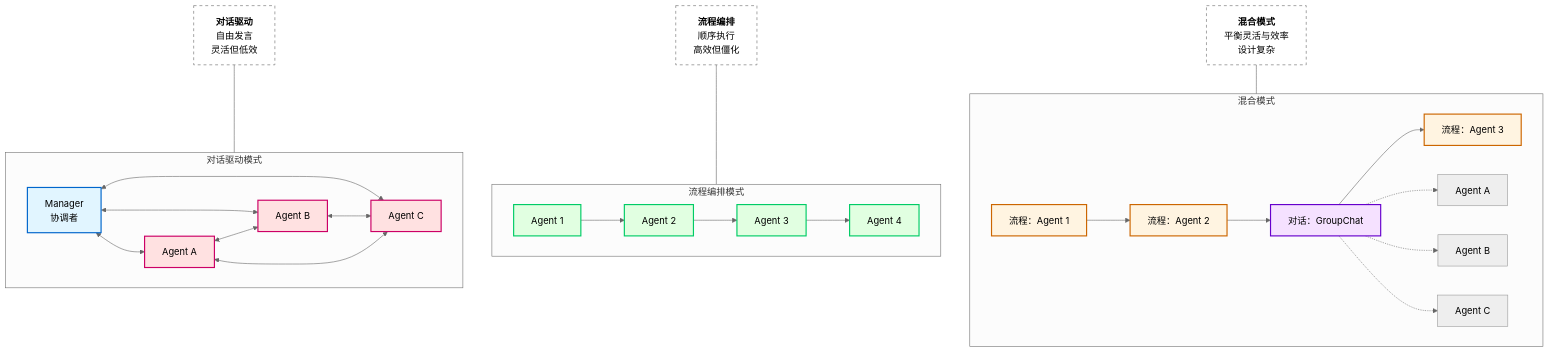
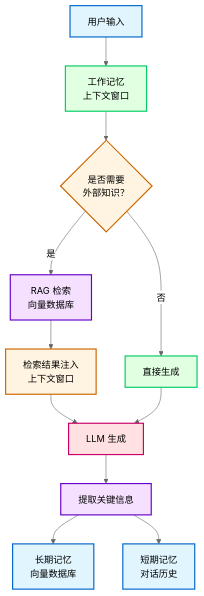
One commit to andyxai/agent-development-guide-book changed the first of 3 diagrams in v2.8/04-RAG篇/04-03-RAG 与记忆管理.md. Above: the diagram before and after it, drawn with Mermaid. The commit also changed other lines of this file and 5 other files, not shown here.

````diff
--- a/v2.8/04-RAG篇/04-03-RAG 与记忆管理.md
+++ b/v2.8/04-RAG篇/04-03-RAG 与记忆管理.md
@@ -161,49 +94,26 @@
 ```mermaid
 %%{init: {'theme': 'neutral'}}%%
 
 graph TD
-    subgraph 对话驱动模式
-        A1[Manager<br/>协调者] <--> A2[Agent A]
-        A1 <--> A3[Agent B]
-        A1 <--> A4[Agent C]
-        A2 <--> A3
-        A3 <--> A4
-        A4 <--> A2
-        style A1 fill:#e1f5ff,stroke:#0066cc,stroke-width:2px
-        style A2 fill:#ffe1e1,stroke:#cc0066,stroke-width:2px
-        style A3 fill:#ffe1e1,stroke:#cc0066,stroke-width:2px
-        style A4 fill:#ffe1e1,stroke:#cc0066,stroke-width:2px
-    end
+    A[用户输入] --> B[工作记忆<br/>上下文窗口]
+    B --> C{是否需要<br/>外部知识？}
+    C -->|是| D[RAG 检索<br/>向量数据库]
+    C -->|否| E[直接生成]
+    D --> F[检索结果注入<br/>上下文窗口]
+    F --> G[LLM 生成]
+    E --> G
+    G --> H[提取关键信息]
+    H --> I[长期记忆<br/>向量数据库]
+    H --> J[短期记忆<br/>对话历史]
     
-    subgraph 流程编排模式
-        B1[Agent 1] --> B2[Agent 2]
-        B2 --> B3[Agent 3]
-        B3 --> B4[Agent 4]
-        style B1 fill:#e1ffe1,stroke:#00cc66,stroke-width:2px
-        style B2 fill:#e1ffe1,stroke:#00cc66,stroke-width:2px
-        style B3 fill:#e1ffe1,stroke:#00cc66,stroke-width:2px
-        style B4 fill:#e1ffe1,stroke:#00cc66,stroke-width:2px
-    end
-    
-    subgraph 混合模式
-        C1[流程：Agent 1] --> C2[流程：Agent 2]
-        C2 --> C3[对话：GroupChat]
-        C3 --> C4[流程：Agent 3]
-        C3 -.-> C3a[Agent A]
-        C3 -.-> C3b[Agent B]
-        C3 -.-> C3c[Agent C]
-        style C1 fill:#fff4e1,stroke:#cc6600,stroke-width:2px
-        style C2 fill:#fff4e1,stroke:#cc6600,stroke-width:2px
-        style C3 fill:#f5e1ff,stroke:#6600cc,stroke-width:2px
-        style C4 fill:#fff4e1,stroke:#cc6600,stroke-width:2px
-    end
-    
-    %% 标签
-    L1[<b>对话驱动</b><br/>自由发言<br/>灵活但低效] --- 对话驱动模式
-    L2[<b>流程编排</b><br/>顺序执行<br/>高效但僵化] --- 流程编排模式
-    L3[<b>混合模式</b><br/>平衡灵活与效率<br/>设计复杂] --- 混合模式
-    
-    style L1 fill:#ffffff,stroke:#666,stroke-dasharray: 5 5
-    style L2 fill:#ffffff,stroke:#666,stroke-dasharray: 5 5
-    style L3 fill:#ffffff,stroke:#666,stroke-dasharray: 5 5
+    style A fill:#e1f5ff,stroke:#0066cc,stroke-width:2px
+    style B fill:#e1ffe1,stroke:#00cc66,stroke-width:2px
+    style C fill:#fff4e1,stroke:#cc6600,stroke-width:2px
+    style D fill:#f5e1ff,stroke:#6600cc,stroke-width:2px
+    style E fill:#e1ffe1,stroke:#00cc66,stroke-width:2px
+    style F fill:#fff4e1,stroke:#cc6600,stroke-width:2px
+    style G fill:#ffe1e1,stroke:#cc0066,stroke-width:2px
+    style H fill:#f5e1ff,stroke:#6600cc,stroke-width:2px
+    style I fill:#e1f5ff,stroke:#0066cc,stroke-width:2px
+    style J fill:#e1f5ff,stroke:#0066cc,stroke-width:2px
 ```
````
